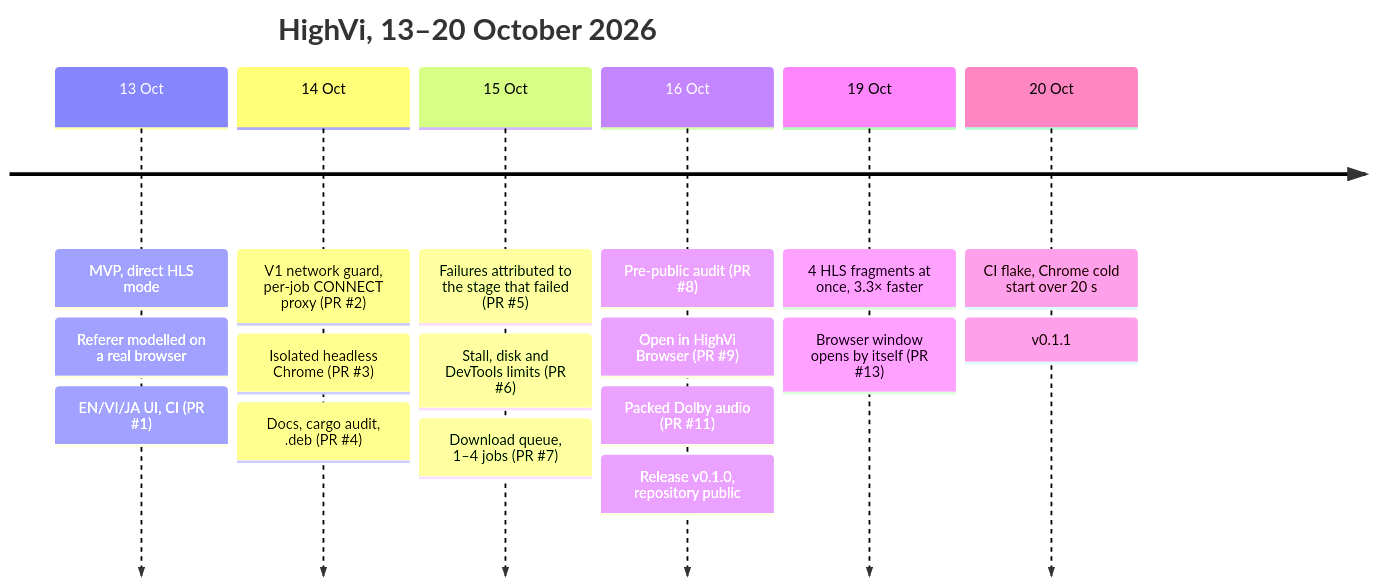
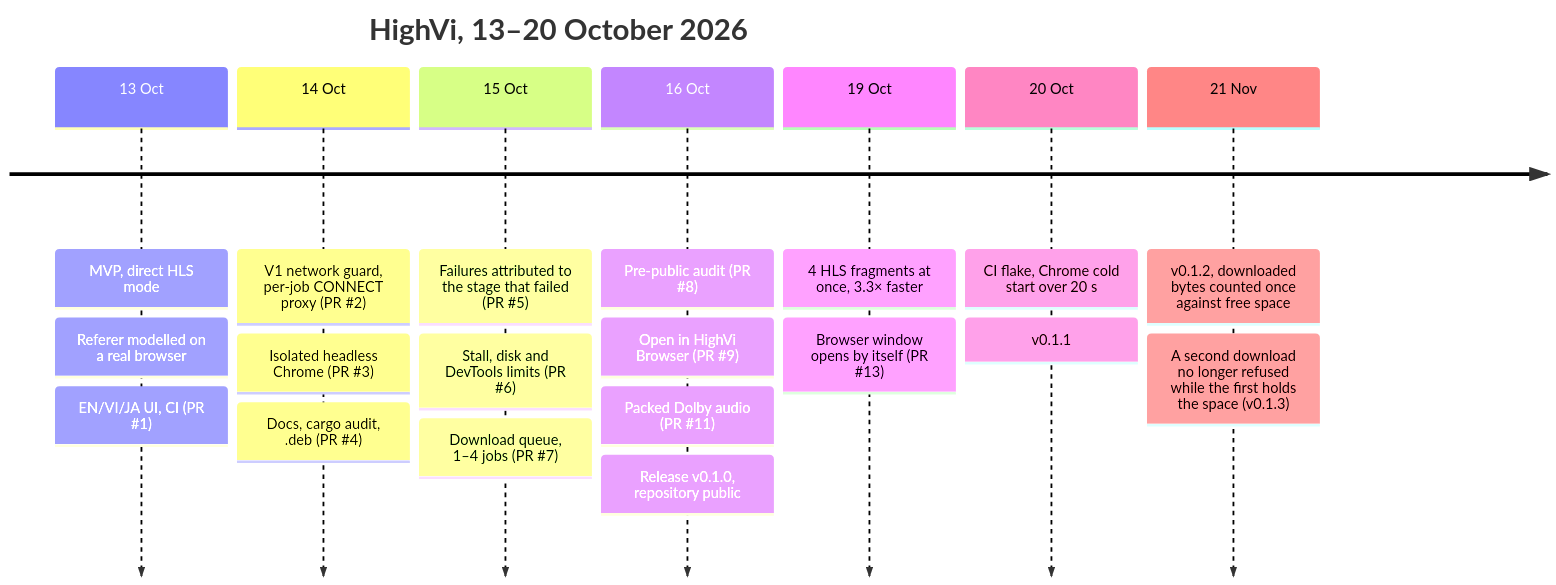
One commit to XKeviNguyen/HighVi changed the first of 11 diagrams in docs/JOURNEY.md. Above: the diagram before and after it, drawn with Mermaid. The commit also changed other lines of this file and 7 other files, not shown here.

````diff
--- a/docs/JOURNEY.md
+++ b/docs/JOURNEY.md
@@ -24,10 +24,11 @@
 ```mermaid
 timeline
   title HighVi, 13–20 October 2026
   13 Oct : MVP, direct HLS mode : Referer modelled on a real browser : EN/VI/JA UI, CI (PR #1)
   14 Oct : V1 network guard, per-job CONNECT proxy (PR #2) : Isolated headless Chrome (PR #3) : Docs, cargo audit, .deb (PR #4)
   15 Oct : Failures attributed to the stage that failed (PR #5) : Stall, disk and DevTools limits (PR #6) : Download queue, 1–4 jobs (PR #7)
   16 Oct : Pre-public audit (PR #8) : Open in HighVi Browser (PR #9) : Packed Dolby audio (PR #11) : Release v0.1.0, repository public
   19 Oct : 4 HLS fragments at once, 3.3× faster : Browser window opens by itself (PR #13)
   20 Oct : CI flake, Chrome cold start over 20 s : v0.1.1
+  21 Nov : v0.1.2, downloaded bytes counted once against free space : A second download no longer refused while the first holds the space (v0.1.3)
 ```
````
